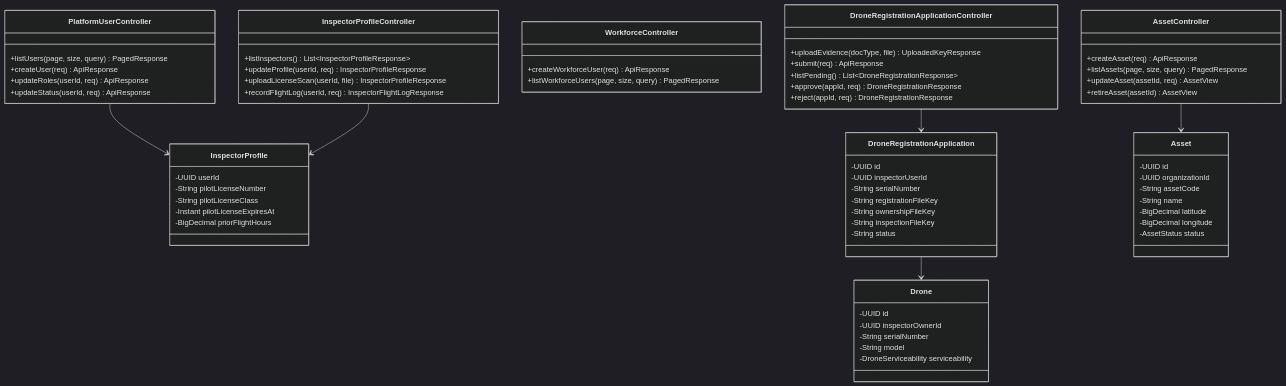
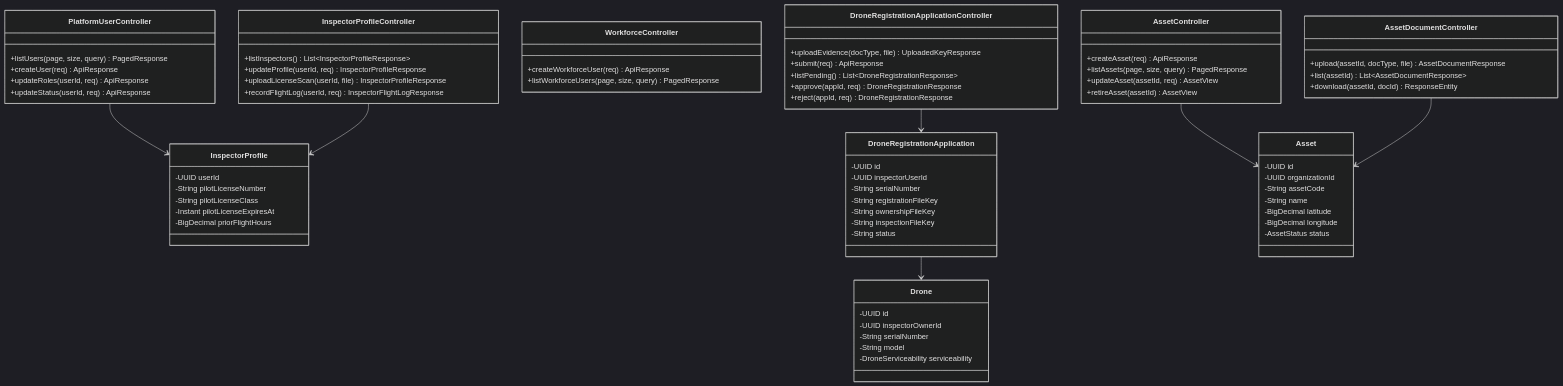
One commit to tungbach12/SmartDroneInspection-Docs changed the fourth of 26 diagrams in reports/report-4-software-design-document/03-detailed-design.md. Above: the diagram before and after it, drawn with Mermaid (dark theme). The commit also changed other lines of this file and 132 other files, not shown here.

````diff
--- a/reports/report-4-software-design-document/03-detailed-design.md
+++ b/reports/report-4-software-design-document/03-detailed-design.md
@@ -126,70 +186,76 @@
 ```mermaid
 %% title: FE-02 Partner Qualification, Workforce, Assets and Drone Registration Class Diagram
 classDiagram
   class PlatformUserController {
     +listUsers(page, size, query) PagedResponse
     +createUser(req) ApiResponse
     +updateRoles(userId, req) ApiResponse
     +updateStatus(userId, req) ApiResponse
   }
   class InspectorProfileController {
     +listInspectors() List~InspectorProfileResponse~
     +updateProfile(userId, req) InspectorProfileResponse
     +uploadLicenseScan(userId, file) InspectorProfileResponse
     +recordFlightLog(userId, req) InspectorFlightLogResponse
   }
   class WorkforceController {
     +createWorkforceUser(req) ApiResponse
     +listWorkforceUsers(page, size, query) PagedResponse
   }
   class AssetController {
     +createAsset(req) ApiResponse
     +listAssets(page, size, query) PagedResponse
     +updateAsset(assetId, req) AssetView
     +retireAsset(assetId) AssetView
+  }
+  class AssetDocumentController {
+    +upload(assetId, docType, file) AssetDocumentResponse
+    +list(assetId) List~AssetDocumentResponse~
+    +download(assetId, docId) ResponseEntity
   }
   class DroneRegistrationApplicationController {
     +uploadEvidence(docType, file) UploadedKeyResponse
     +submit(req) ApiResponse
     +listPending() List~DroneRegistrationResponse~
     +approve(appId, req) DroneRegistrationResponse
     +reject(appId, req) DroneRegistrationResponse
   }
   class InspectorProfile {
     -UUID userId
     -String pilotLicenseNumber
     -String pilotLicenseClass
     -Instant pilotLicenseExpiresAt
     -BigDecimal priorFlightHours
   }
   class DroneRegistrationApplication {
     -UUID id
     -UUID inspectorUserId
     -String serialNumber
     -String registrationFileKey
     -String ownershipFileKey
     -String inspectionFileKey
     -String status
   }
   class Drone {
     -UUID id
     -UUID inspectorOwnerId
     -String serialNumber
     -String model
     -DroneServiceability serviceability
   }
   class Asset {
     -UUID id
     -UUID organizationId
     -String assetCode
     -String name
     -BigDecimal latitude
     -BigDecimal longitude
     -AssetStatus status
   }
   PlatformUserController --> InspectorProfile
   InspectorProfileController --> InspectorProfile
   DroneRegistrationApplicationController --> DroneRegistrationApplication
   DroneRegistrationApplication --> Drone
   AssetController --> Asset
+  AssetDocumentController --> Asset
 ```
````
